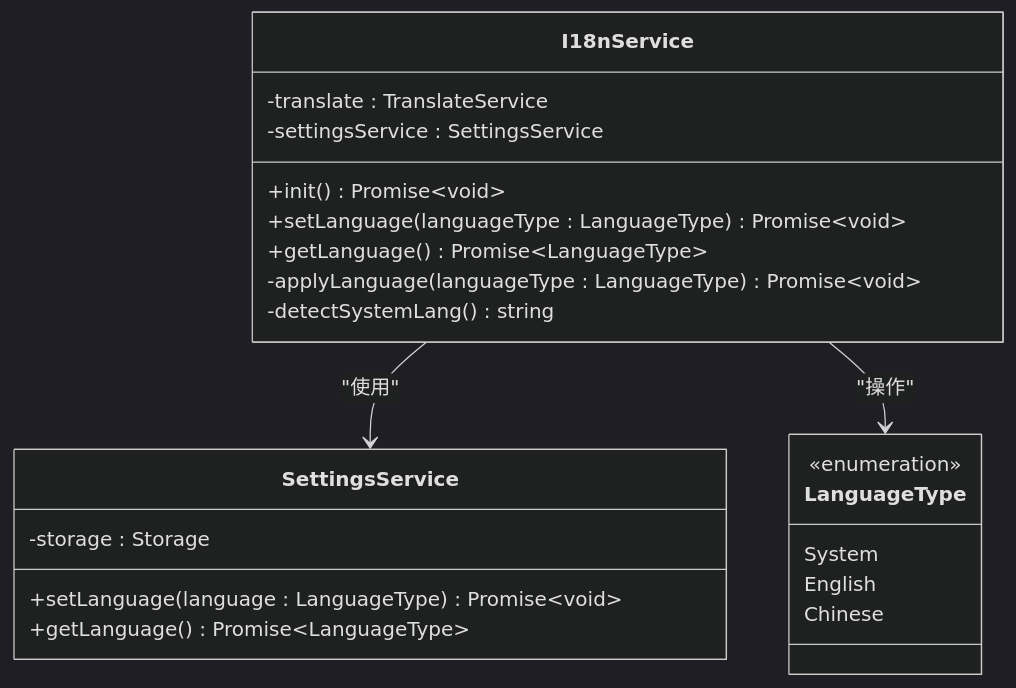
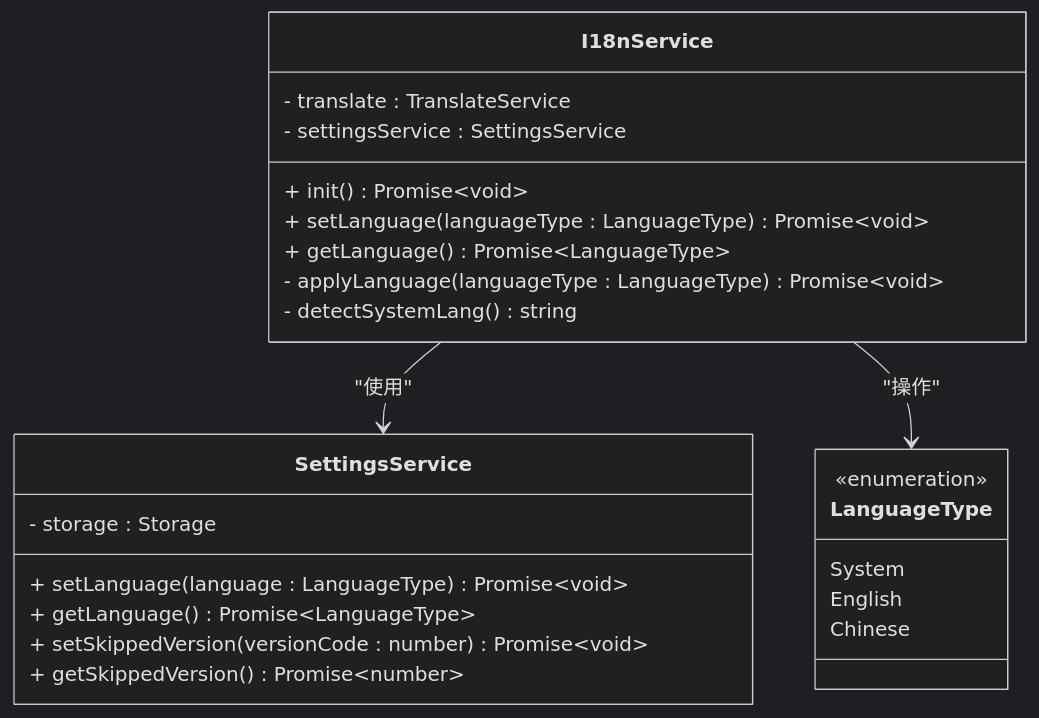
Before and after one commit to tea4go/Macro-Deck-Client-App: the third of 12 diagrams in .qoder/repowiki/zh/content/核心功能模块/国际化系统.md, drawn with Mermaid (dark theme). The commit also changed other lines of this file and 37 other files, not shown here.

````diff
--- a/.qoder/repowiki/zh/content/核心功能模块/国际化系统.md
+++ b/.qoder/repowiki/zh/content/核心功能模块/国际化系统.md
@@ -150,25 +158,27 @@
 ```mermaid
 classDiagram
 class I18nService {
--translate : TranslateService
--settingsService : SettingsService
-+init() Promise~void~
-+setLanguage(languageType : LanguageType) Promise~void~
-+getLanguage() Promise~LanguageType~
--applyLanguage(languageType : LanguageType) Promise~void~
--detectSystemLang() string
+- translate : TranslateService
+- settingsService : SettingsService
++ init() Promise~void~
++ setLanguage(languageType : LanguageType) Promise~void~
++ getLanguage() Promise~LanguageType~
+- applyLanguage(languageType : LanguageType) Promise~void~
+- detectSystemLang() string
 }
 class SettingsService {
--storage : Storage
-+setLanguage(language : LanguageType) Promise~void~
-+getLanguage() Promise~LanguageType~
+- storage : Storage
++ setLanguage(language : LanguageType) Promise~void~
++ getLanguage() Promise~LanguageType~
++ setSkippedVersion(versionCode : number) Promise~void~
++ getSkippedVersion() Promise~number~
 }
 class LanguageType {
 <<enumeration>>
 System
 English
 Chinese
 }
 I18nService --> SettingsService : "使用"
 I18nService --> LanguageType : "操作"
 ```
````
